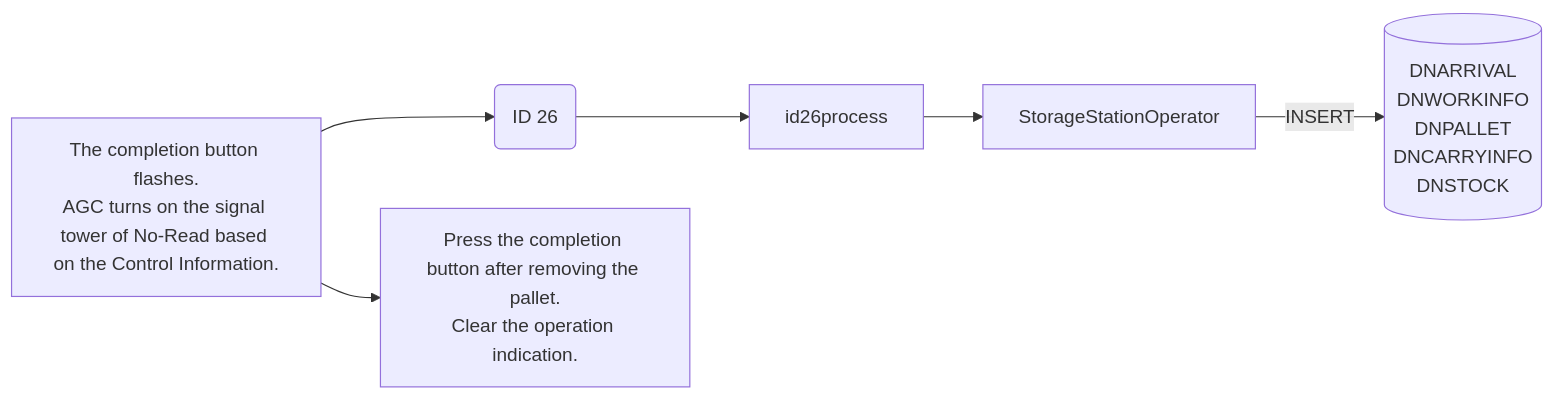
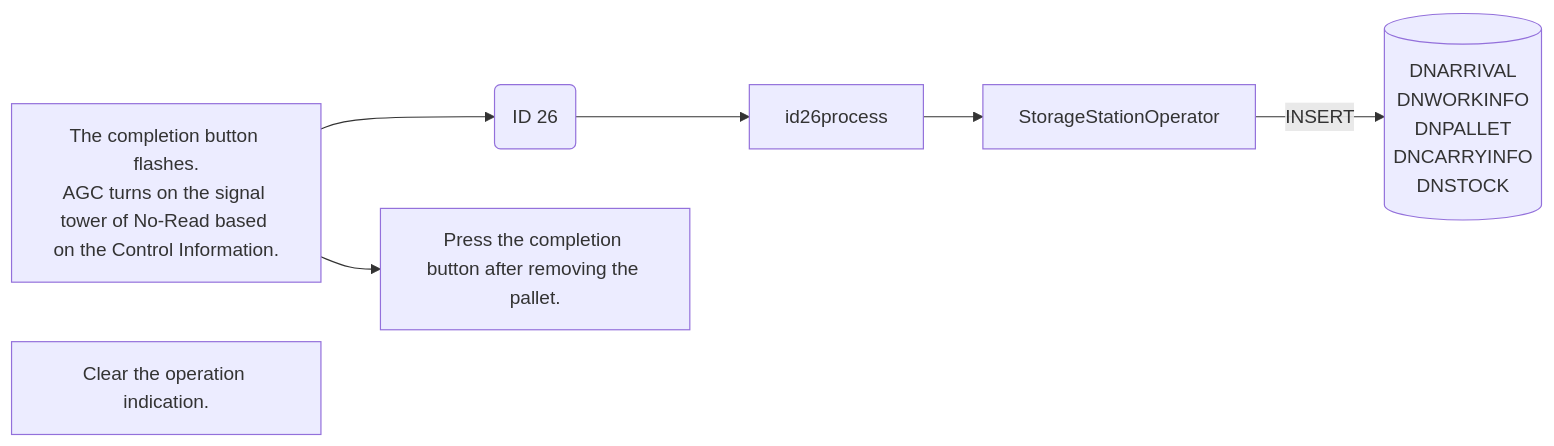
One commit to luthfiadityaa/SimeDarby-Wiki changed the tenth of 10 diagrams in Basic-Design/DFD-WMS/Storage/Palletizing-Settting/Irregular-Cases.md. Above: the diagram before and after it, drawn with Mermaid.

Commit message:
Updated Irregular Cases

```diff
--- a/Basic-Design/DFD-WMS/Storage/Palletizing-Settting/Irregular-Cases.md
+++ b/Basic-Design/DFD-WMS/Storage/Palletizing-Settting/Irregular-Cases.md
@@ -428,31 +428,34 @@
 ::: mermaid
 flowchart LR
 
 releaseCommand["
 The completion button flashes.
 AGC turns on the signal tower of No-Read based on the Control Information. 
 "]
 
 id26msg("
 ID 26
 ")
 
 id26-insert[("
    DNARRIVAL
    DNWORKINFO
    DNPALLET
    DNCARRYINFO
    DNSTOCK		
 ")]
 
 storageStationOperator[StorageStationOperator]
 
 releaseCommand2["
 Press the completion button after removing the pallet.
+"]
+
+releaseCommand3["
 Clear the operation indication. 
 "]
 
 releaseCommand-->releaseCommand2
 releaseCommand-->id26msg-->id26process-->storageStationOperator
 storageStationOperator--> |INSERT| id26-insert
 :::
```
